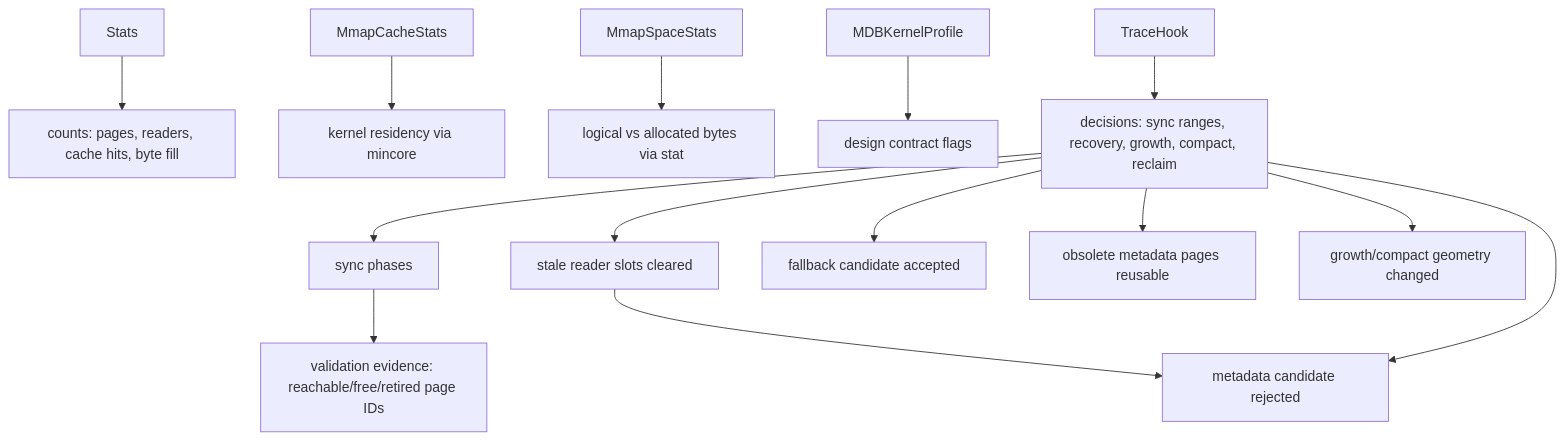
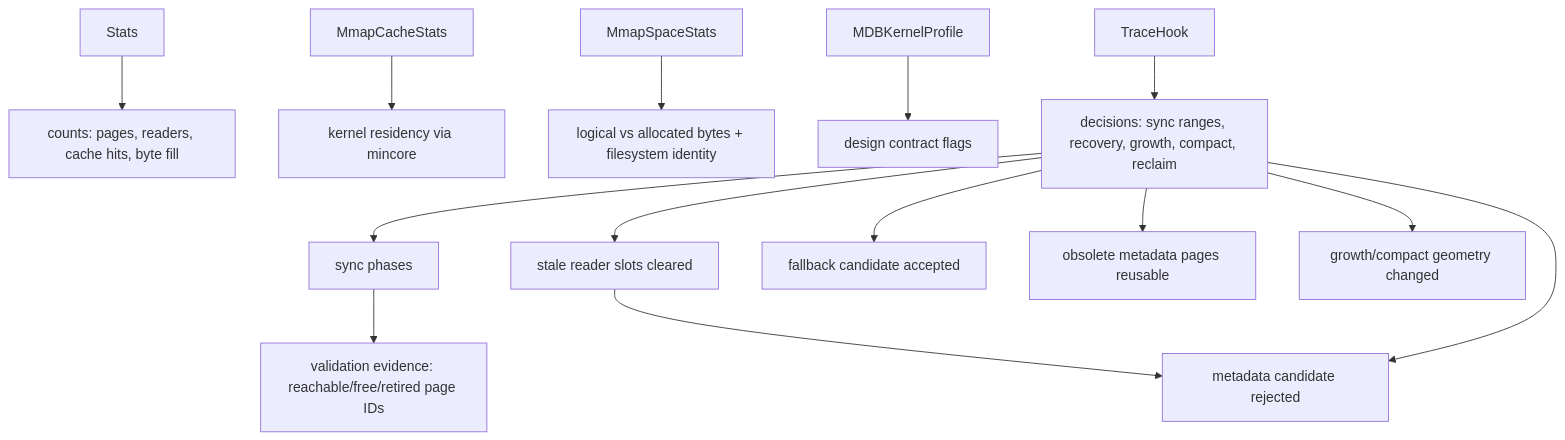
Diagram 17 of 18 in docs/00-storage-engine-course.md (hadamrd/cow-btree-course), drawn with Mermaid before and after one commit. The commit also changed other lines of this file and 11 other files, not shown here.

Commit message:
feat: report mmap filesystem identity

````diff
--- a/docs/00-storage-engine-course.md
+++ b/docs/00-storage-engine-course.md
@@ -667,17 +668,17 @@
 ```mermaid
 flowchart TD
     S["Stats"] --> C["counts: pages, readers, cache hits, byte fill"]
     A["Audit"] --> V["validation evidence: reachable/free/retired page IDs"]
     M["MmapCacheStats"] --> R["kernel residency via mincore"]
-    Z["MmapSpaceStats"] --> Y["logical vs allocated bytes via stat"]
+    Z["MmapSpaceStats"] --> Y["logical vs allocated bytes + filesystem identity"]
     P["MDBKernelProfile"] --> K["design contract flags"]
     H["MmapHolePunchProfile"] --> B["sparse-punch primitive/support"]
     T["TraceHook"] --> E["decisions: sync ranges, recovery, growth, compact, reclaim"]
 
     E --> A["sync phases"]
     E --> B["metadata candidate rejected"]
     E --> D["fallback candidate accepted"]
     E --> F["obsolete metadata pages reusable"]
     E --> G["growth/compact geometry changed"]
     E --> H["stale reader slots cleared"]
 ```
````
